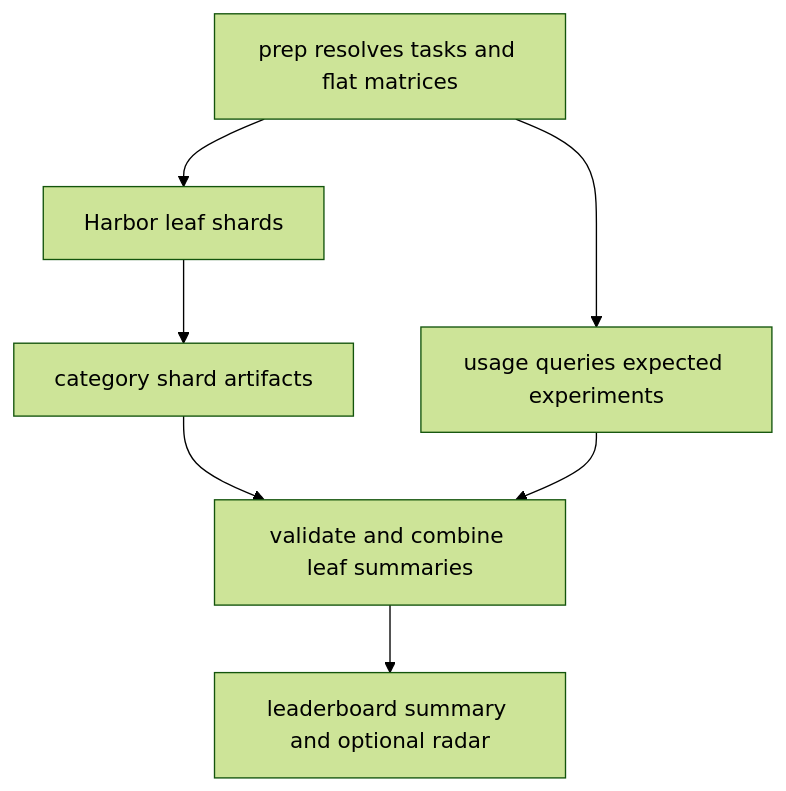
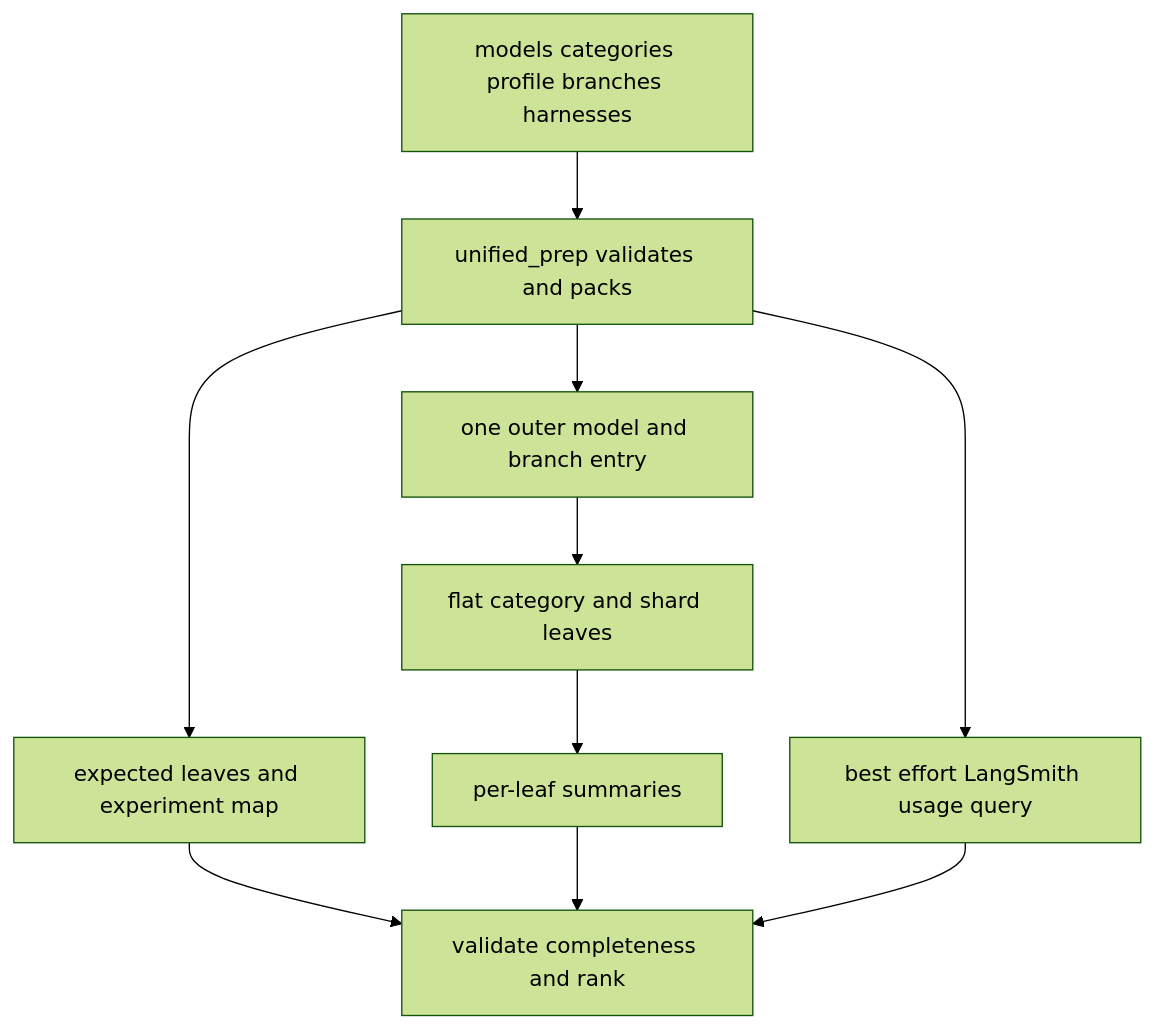
Before and after one commit to langchain-ai/deepagents: the third of 3 diagrams in openwiki/workflows/run-evals.md, drawn with Mermaid (forest theme). The commit also changed other lines of this file and 43 other files, not shown here.

````diff
--- a/openwiki/workflows/run-evals.md
+++ b/openwiki/workflows/run-evals.md
@@ -198,9 +146,12 @@
 ```mermaid
 flowchart TD
-    Prep["prep resolves tasks and flat matrices"] --> Leaf["Harbor leaf shards"]
-    Prep --> Usage["usage queries expected experiments"]
-    Leaf --> Artifacts["category shard artifacts"]
-    Artifacts --> Combine["validate and combine leaf summaries"]
+    Inputs["models categories profile branches harnesses"] --> Prep["unified_prep validates and packs"]
+    Prep --> Matrix["one outer model and branch entry"]
+    Matrix --> Harbor["flat category and shard leaves"]
+    Prep --> Expected["expected leaves and experiment map"]
+    Harbor --> Artifacts["per-leaf summaries"]
+    Expected --> Combine["validate completeness and rank"]
+    Artifacts --> Combine
+    Prep --> Usage["best effort LangSmith usage query"]
     Usage --> Combine
-    Combine --> Scorecard["leaderboard summary and optional radar"]
 ```
````
